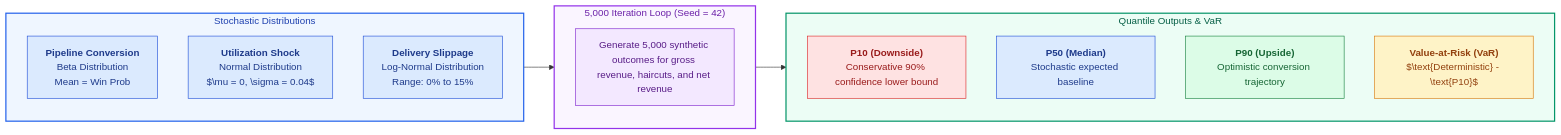
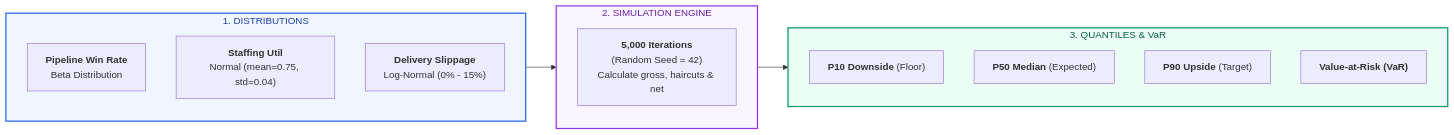
Before and after one commit to VED-VIVEK-TALMALEY/x-fin: the fourth of 8 diagrams in README.md, drawn with Mermaid. The commit also changed other lines of this file and 6 other files, not shown here.

````diff
--- a/README.md
+++ b/README.md
@@ -257,36 +201,25 @@
 ```mermaid
 flowchart LR
-    subgraph PARAMS["Stochastic Distributions"]
-        P_CONV["<b>Pipeline Conversion</b><br/>Beta Distribution<br/>Mean = Win Prob"]
-        P_UTIL["<b>Utilization Shock</b><br/>Normal Distribution<br/>$\mu = 0, \sigma = 0.04$"]
-        P_SLIP["<b>Delivery Slippage</b><br/>Log-Normal Distribution<br/>Range: 0% to 15%"]
+    subgraph PARAMS["1. DISTRIBUTIONS"]
+        P_CONV["<b>Pipeline Win Rate</b><br/>Beta Distribution"]
+        P_UTIL["<b>Staffing Util</b><br/>Normal (mean=0.75, std=0.04)"]
+        P_SLIP["<b>Delivery Slippage</b><br/>Log-Normal (0% - 15%)"]
     end
 
-    subgraph SIM["5,000 Iteration Loop (Seed = 42)"]
-        S_ITER["Generate 5,000 synthetic outcomes for gross revenue, haircuts, and net revenue"]
+    subgraph SIM["2. SIMULATION ENGINE"]
+        S_ITER["<b>5,000 Iterations</b><br/>(Random Seed = 42)<br/>Calculate gross, haircuts & net"]
     end
 
-    subgraph METRICS["Quantile Outputs & VaR"]
-        Q10["<b>P10 (Downside)</b><br/>Conservative 90% confidence lower bound"]
-        Q50["<b>P50 (Median)</b><br/>Stochastic expected baseline"]
-        Q90["<b>P90 (Upside)</b><br/>Optimistic conversion trajectory"]
-        VAR["<b>Value-at-Risk (VaR)</b><br/>$\text{Deterministic} - \text{P10}$"]
+    subgraph METRICS["3. QUANTILES & VaR"]
+        Q10["<b>P10 Downside</b> (Floor)"]
+        Q50["<b>P50 Median</b> (Expected)"]
+        Q90["<b>P90 Upside</b> (Target)"]
+        VAR["<b>Value-at-Risk (VaR)</b>"]
     end
 
     PARAMS --> SIM --> METRICS
 
     style PARAMS fill:#EFF6FF,stroke:#2563EB,stroke-width:2px,color:#1E40AF
     style SIM fill:#FAF5FF,stroke:#9333EA,stroke-width:2px,color:#6B21A8
     style METRICS fill:#ECFDF5,stroke:#059669,stroke-width:2px,color:#065F46
-
-    style P_CONV fill:#DBEAFE,stroke:#1D4ED8,stroke-width:1px,color:#1E3A8A
-    style P_UTIL fill:#DBEAFE,stroke:#1D4ED8,stroke-width:1px,color:#1E3A8A
-    style P_SLIP fill:#DBEAFE,stroke:#1D4ED8,stroke-width:1px,color:#1E3A8A
-
-    style S_ITER fill:#F3E8FF,stroke:#7E22CE,stroke-width:1px,color:#581C87
-
-    style Q10 fill:#FEE2E2,stroke:#DC2626,stroke-width:1px,color:#991B1B
-    style Q50 fill:#DBEAFE,stroke:#1D4ED8,stroke-width:1px,color:#1E3A8A
-    style Q90 fill:#DCFCE7,stroke:#15803D,stroke-width:1px,color:#166534
-    style VAR fill:#FEF3C7,stroke:#D97706,stroke-width:1px,color:#92400E
 ```
````
